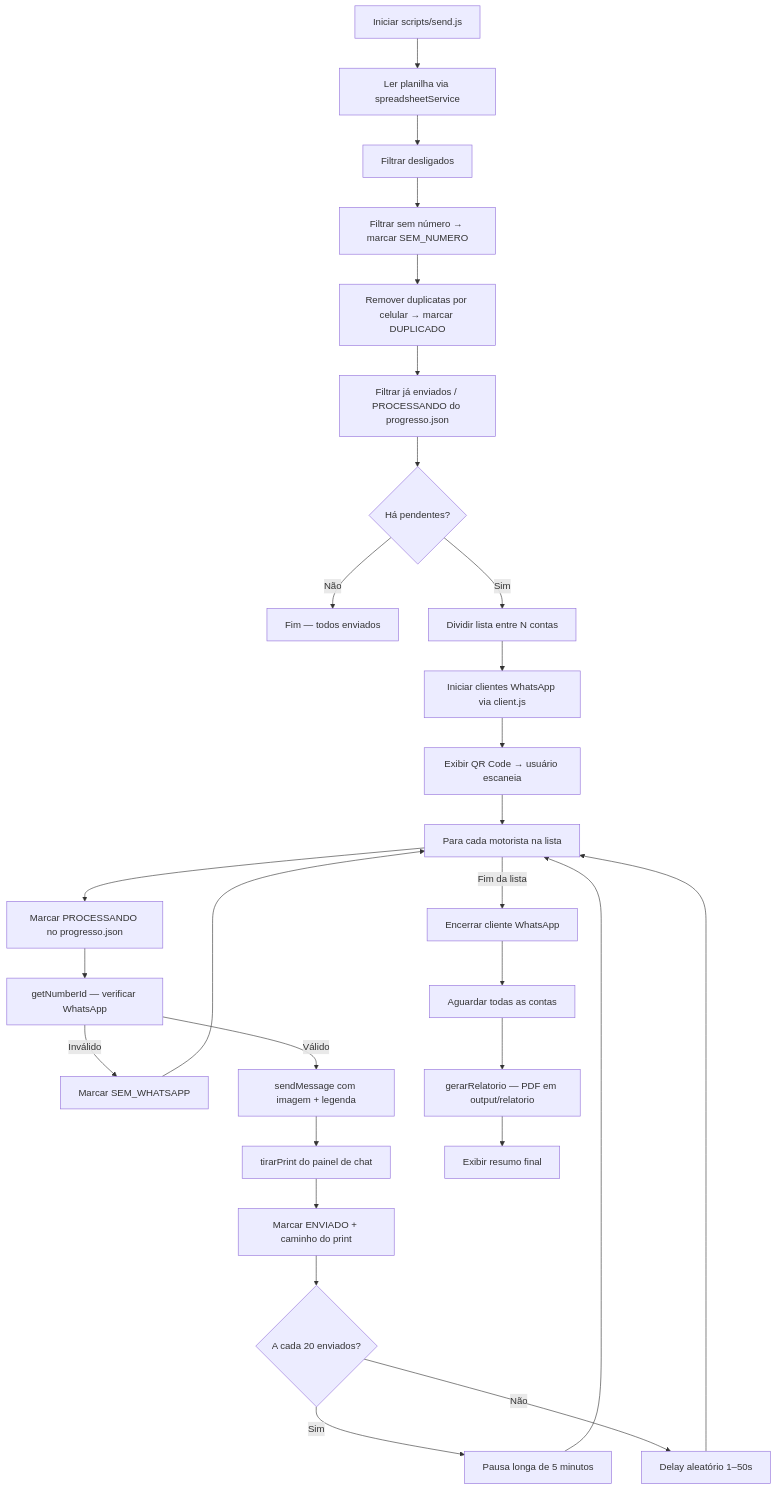
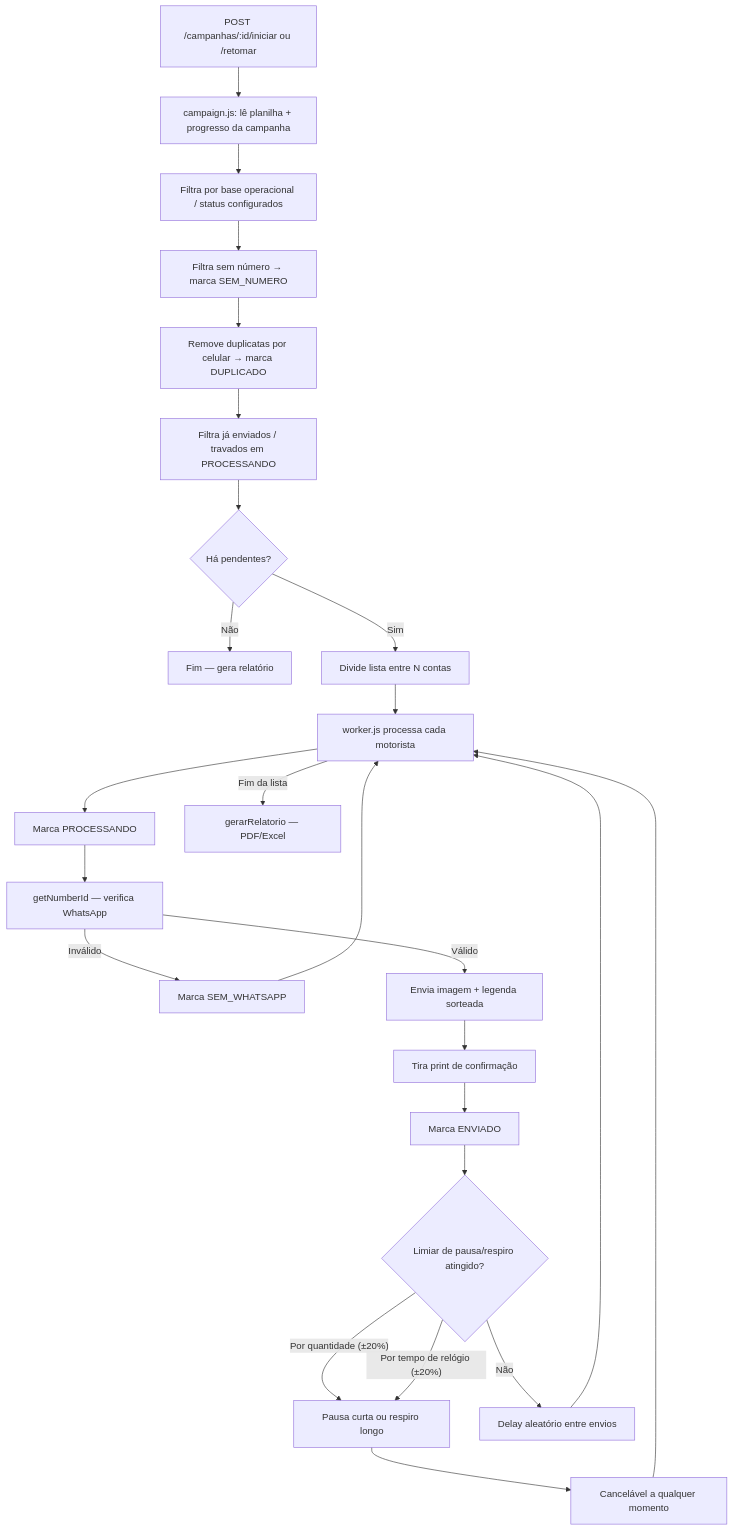
One commit to luc118i/bot-whats changed the second of 3 diagrams in docs/ARCHITECTURE.md. Above: the diagram before and after it, drawn with Mermaid. The commit also changed other lines of this file and 1 other file, not shown here.

First line of the commit message:
Atualiza README e diagramas de arquitetura para refletir o sistema atual

````diff
--- a/docs/ARCHITECTURE.md
+++ b/docs/ARCHITECTURE.md
@@ -60,29 +63,26 @@
 ```mermaid
 flowchart TD
-  A[Iniciar scripts/send.js] --> B[Ler planilha via spreadsheetService]
-  B --> C[Filtrar desligados]
-  C --> D[Filtrar sem número → marcar SEM_NUMERO]
-  D --> E[Remover duplicatas por celular → marcar DUPLICADO]
-  E --> F[Filtrar já enviados / PROCESSANDO do progresso.json]
+  A[POST /campanhas/:id/iniciar ou /retomar] --> B[campaign.js: lê planilha + progresso da campanha]
+  B --> C[Filtra por base operacional / status configurados]
+  C --> D[Filtra sem número → marca SEM_NUMERO]
+  D --> E[Remove duplicatas por celular → marca DUPLICADO]
+  E --> F["Filtra já enviados / travados em PROCESSANDO"]
   F --> G{Há pendentes?}
-  G -- Não --> H[Fim — todos enviados]
-  G -- Sim --> I[Dividir lista entre N contas]
-  I --> J[Iniciar clientes WhatsApp via client.js]
-  J --> K[Exibir QR Code → usuário escaneia]
-  K --> L[Para cada motorista na lista]
-  L --> M[Marcar PROCESSANDO no progresso.json]
-  M --> N[getNumberId — verificar WhatsApp]
-  N -- Inválido --> O[Marcar SEM_WHATSAPP]
-  N -- Válido --> P[sendMessage com imagem + legenda]
-  P --> Q[tirarPrint do painel de chat]
-  Q --> R[Marcar ENVIADO + caminho do print]
-  R --> S{A cada 20 enviados?}
-  S -- Sim --> T[Pausa longa de 5 minutos]
-  S -- Não --> U[Delay aleatório 1–50s]
-  T & U --> L
-  O --> L
-  L -- Fim da lista --> V[Encerrar cliente WhatsApp]
-  V --> W2[Aguardar todas as contas]
-  W2 --> X[gerarRelatorio — PDF em output/relatorio]
-  X --> Y[Exibir resumo final]
+  G -- Não --> H[Fim — gera relatório]
+  G -- Sim --> I[Divide lista entre N contas]
+  I --> J[worker.js processa cada motorista]
+  J --> K[Marca PROCESSANDO]
+  K --> L[getNumberId — verifica WhatsApp]
+  L -- Inválido --> M[Marca SEM_WHATSAPP]
+  L -- Válido --> N[Envia imagem + legenda sorteada]
+  N --> O[Tira print de confirmação]
+  O --> P[Marca ENVIADO]
+  P --> Q{Limiar de pausa/respiro atingido?}
+  Q -- "Por quantidade (±20%)" --> R[Pausa curta ou respiro longo]
+  Q -- "Por tempo de relógio (±20%)" --> R
+  Q -- Não --> S[Delay aleatório entre envios]
+  R --> T[Cancelável a qualquer momento]
+  T & S --> J
+  M --> J
+  J -- Fim da lista --> U[gerarRelatorio — PDF/Excel]
 ```
````
